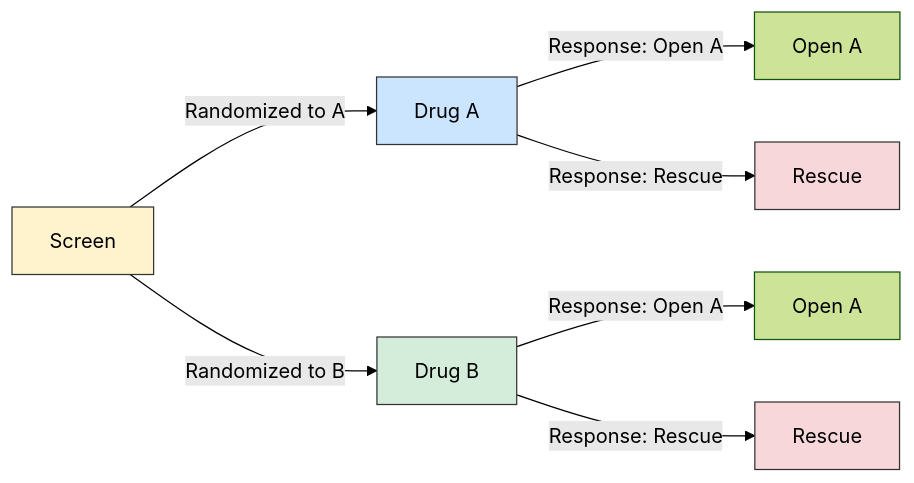
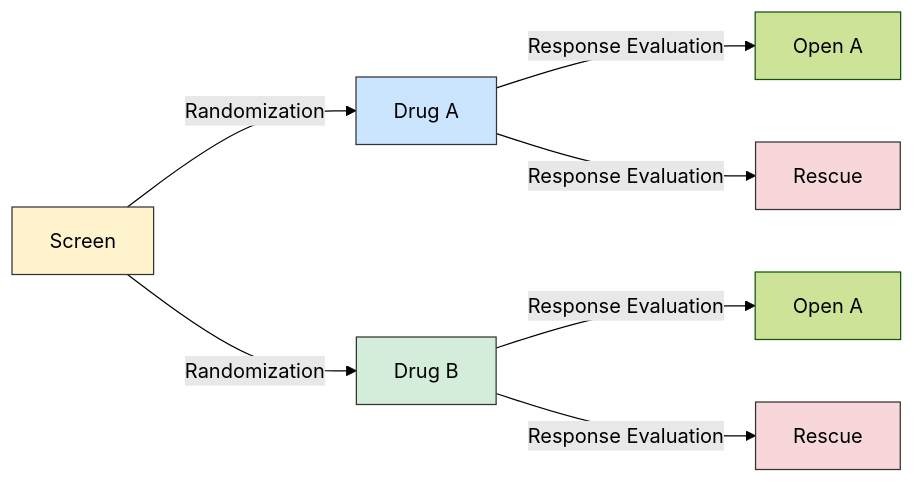
One commit to hakupao/sdtm-pedia changed the ninth of 24 diagrams in knowledge_base/domains/TA/examples.md. Above: the diagram before and after it, drawn with Mermaid (forest theme). The commit also changed other lines of this file and 12 other files, not shown here.

First line of the commit message:
fix(kb): Tier B batch B-TA — TA narratives restored + 24 Mermaid vs PDF figures (PASS after 3 attempts; local)

````diff
--- a/knowledge_base/domains/TA/examples.md
+++ b/knowledge_base/domains/TA/examples.md
@@ -263,15 +369,15 @@
 ```mermaid
 graph LR
     S[Screen]
-    S -->|"Randomized to A"| DA[Drug A]
-    S -->|"Randomized to B"| DB[Drug B]
-    DA -->|"Response: Open A"| OA1[Open A]
-    DA -->|"Response: Rescue"| R1[Rescue]
-    DB -->|"Response: Open A"| OA2[Open A]
-    DB -->|"Response: Rescue"| R2[Rescue]
+    S -->|"Randomization"| DA[Drug A]
+    S -->|"Randomization"| DB[Drug B]
+    DA -->|"Response Evaluation"| OA1[Open A]
+    DA -->|"Response Evaluation"| R1[Rescue]
+    DB -->|"Response Evaluation"| OA2[Open A]
+    DB -->|"Response Evaluation"| R2[Rescue]
     style S fill:#fef3cd,stroke:#333
     style DA fill:#cce5ff,stroke:#333
     style DB fill:#d4edda,stroke:#333
     style R1 fill:#f8d7da,stroke:#333
     style R2 fill:#f8d7da,stroke:#333
 ```
````
